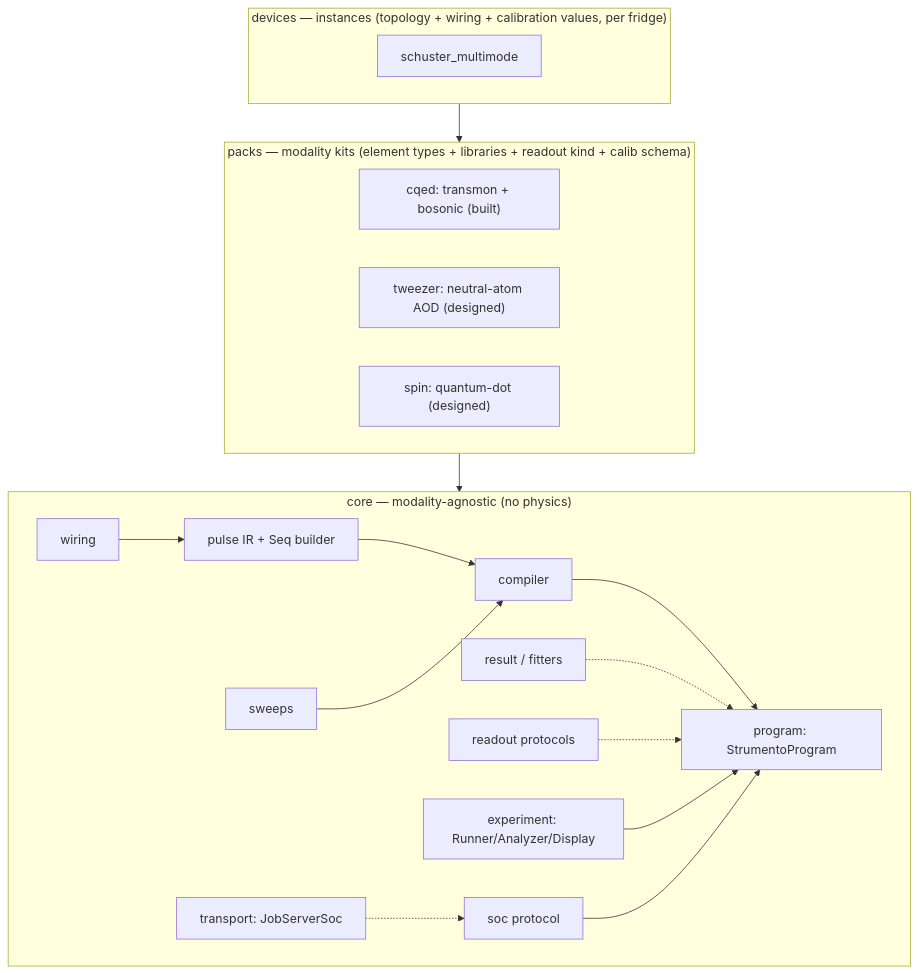
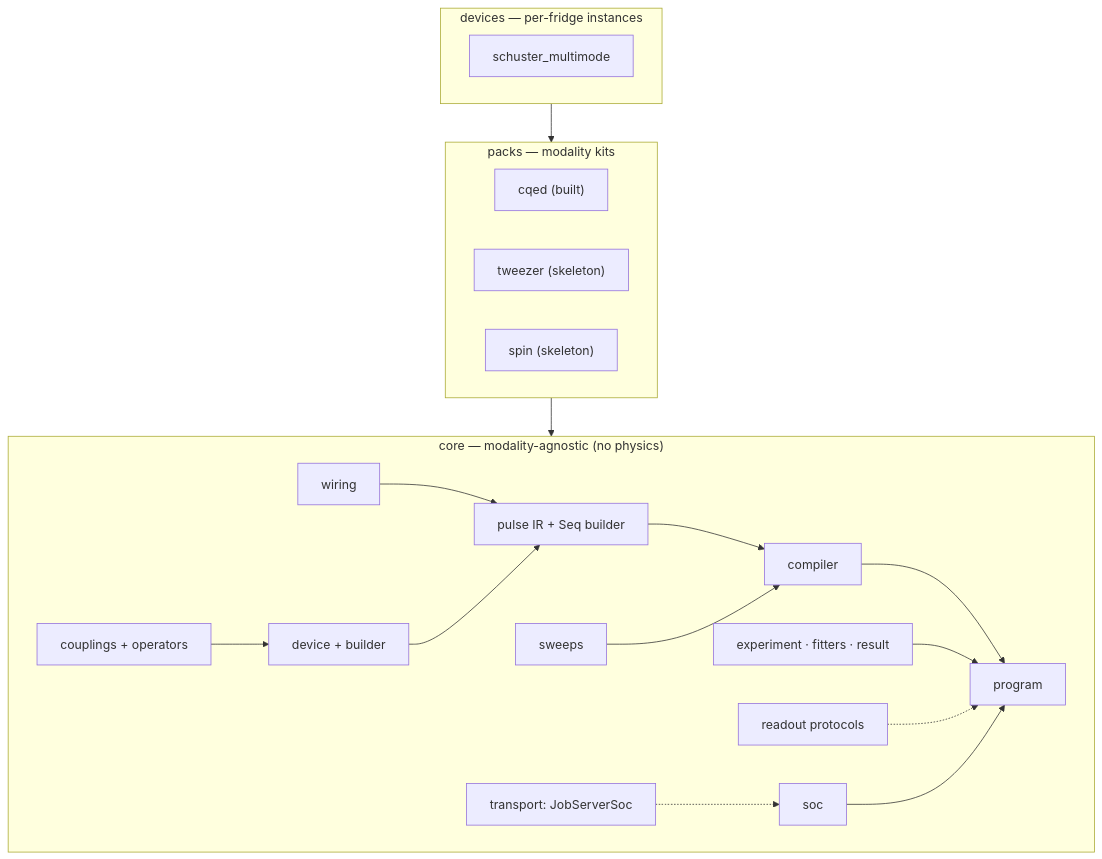
One commit to harmoniqs/strumento changed the diagram in README.md. Above: the diagram before and after it, drawn with Mermaid. The commit also changed other lines of this file, not shown here.

````diff
--- a/README.md
+++ b/README.md
@@ -233,24 +82,24 @@
 ```mermaid
 flowchart TD
     subgraph core["core — modality-agnostic (no physics)"]
         W[wiring] --> P[pulse IR + Seq builder]
-        P --> C[compiler]
-        C --> PR[program: StrumentoProgram]
+        P --> C[compiler] --> PR[program]
         SW[sweeps] --> C
-        R[result / fitters] -.-> PR
+        DEV[device + builder] --> P
+        CPL[couplings + operators] --> DEV
+        EX[experiment · fitters · result] --> PR
         RK[readout protocols] -.-> PR
-        EX[experiment: Runner/Analyzer/Display] --> PR
-        SOC[soc protocol] --> PR
+        SOC[soc] --> PR
         TR[transport: JobServerSoc] -.-> SOC
     end
-    subgraph packs["packs — modality kits (element types + libraries + readout kind + calib schema)"]
-        CQED["cqed: transmon + bosonic (built)"]
-        TWZ["tweezer: neutral-atom AOD (designed)"]
-        SPIN["spin: quantum-dot (designed)"]
+    subgraph packs["packs — modality kits"]
+        CQED["cqed (built)"]
+        TWZ["tweezer (skeleton)"]
+        SPIN["spin (skeleton)"]
     end
-    subgraph devices["devices — instances (topology + wiring + calibration values, per fridge)"]
+    subgraph devices["devices — per-fridge instances"]
         SM[schuster_multimode]
     end
     packs --> core
     devices --> packs
 ```
````
